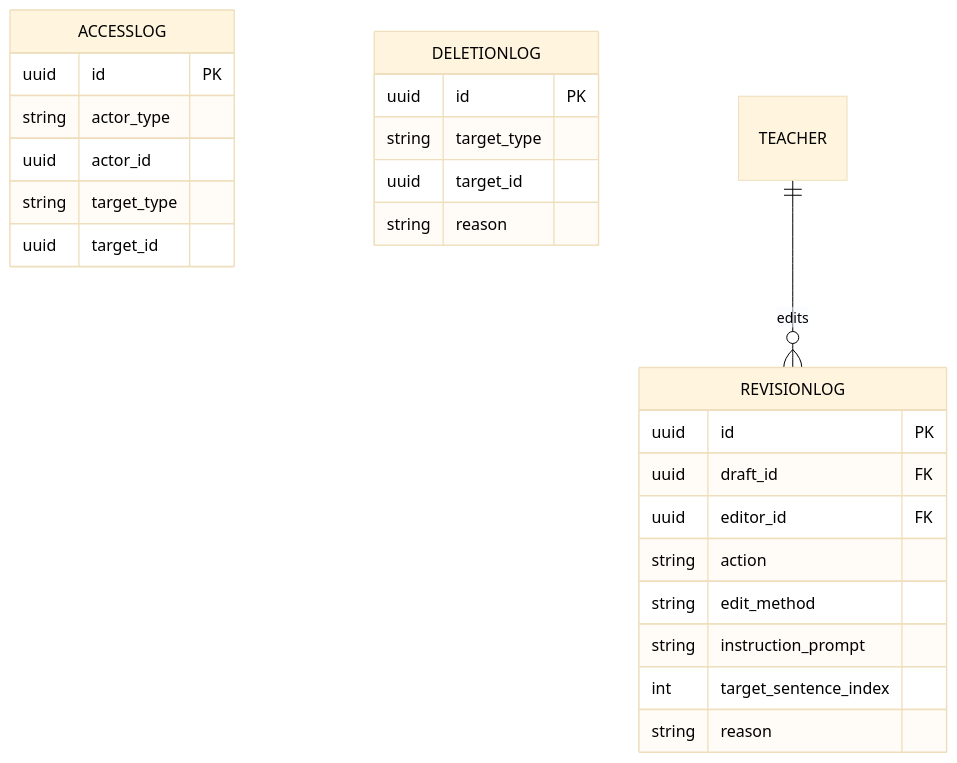
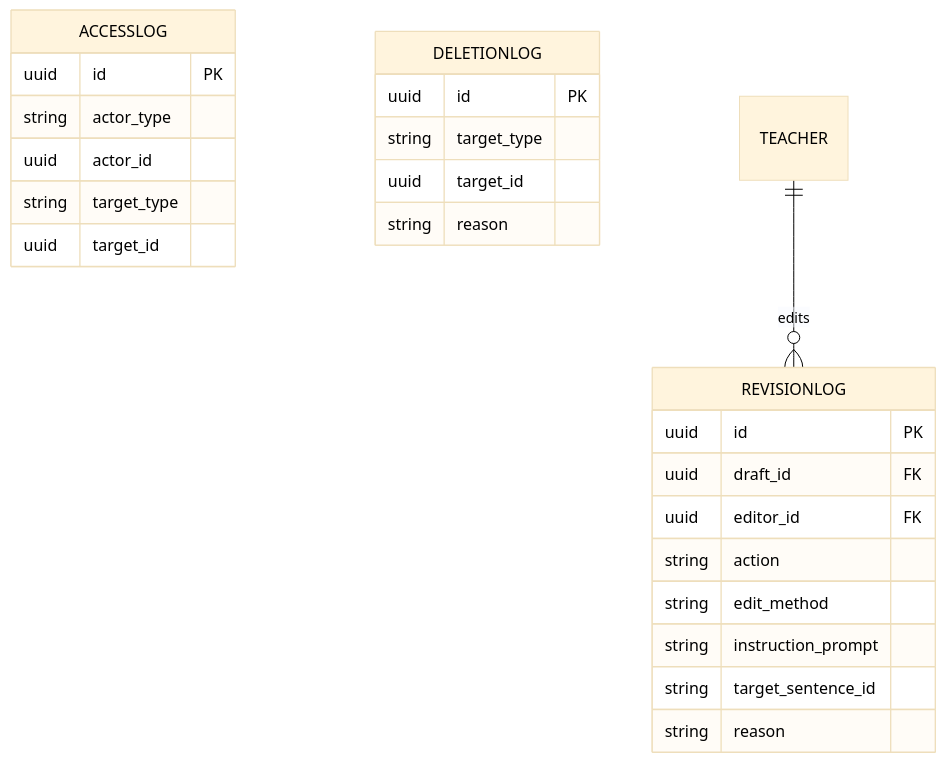
One commit to kakaotechcampus-4/ktc4-chungnam-4 changed the fifth of 8 diagrams in docs/테크스펙.md. Above: the diagram before and after it, drawn with Mermaid. The commit also changed other lines of this file, not shown here.

````diff
--- a/docs/테크스펙.md
+++ b/docs/테크스펙.md
@@ -664,28 +673,28 @@
 ```mermaid
 %%{init: {'theme':'base', 'themeVariables': {'primaryTextColor':'#000000','textColor':'#000000','lineColor':'#000000'}}}%%
 erDiagram
   REVISIONLOG {
     uuid id PK
     uuid draft_id FK
     uuid editor_id FK
     string action
     string edit_method
     string instruction_prompt
-    int target_sentence_index
+    string target_sentence_id
     string reason
   }
   ACCESSLOG {
     uuid id PK
     string actor_type
     uuid actor_id
     string target_type
     uuid target_id
   }
   DELETIONLOG {
     uuid id PK
     string target_type
     uuid target_id
     string reason
   }
   TEACHER ||--o{ REVISIONLOG : edits
 ```
````
